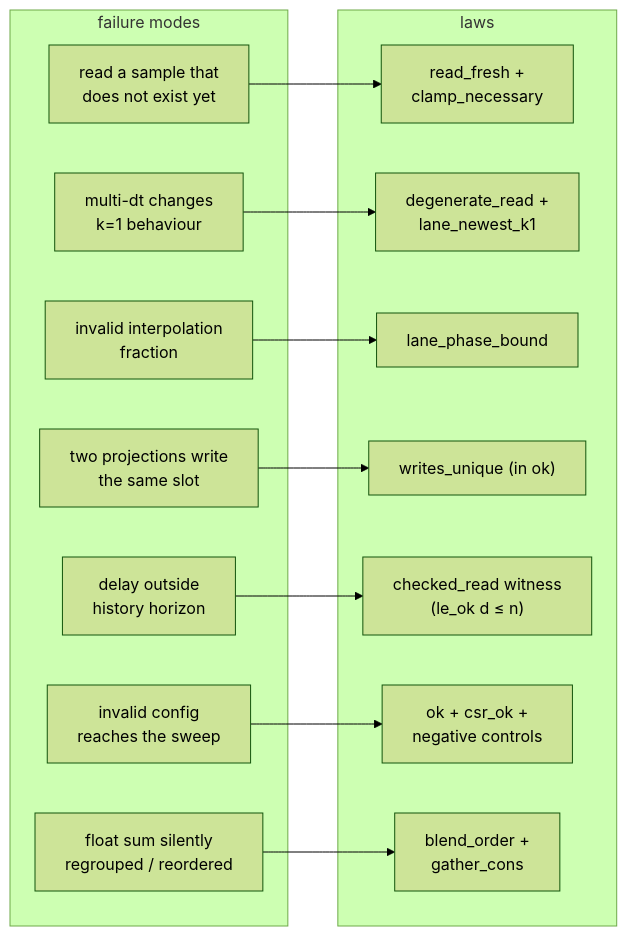
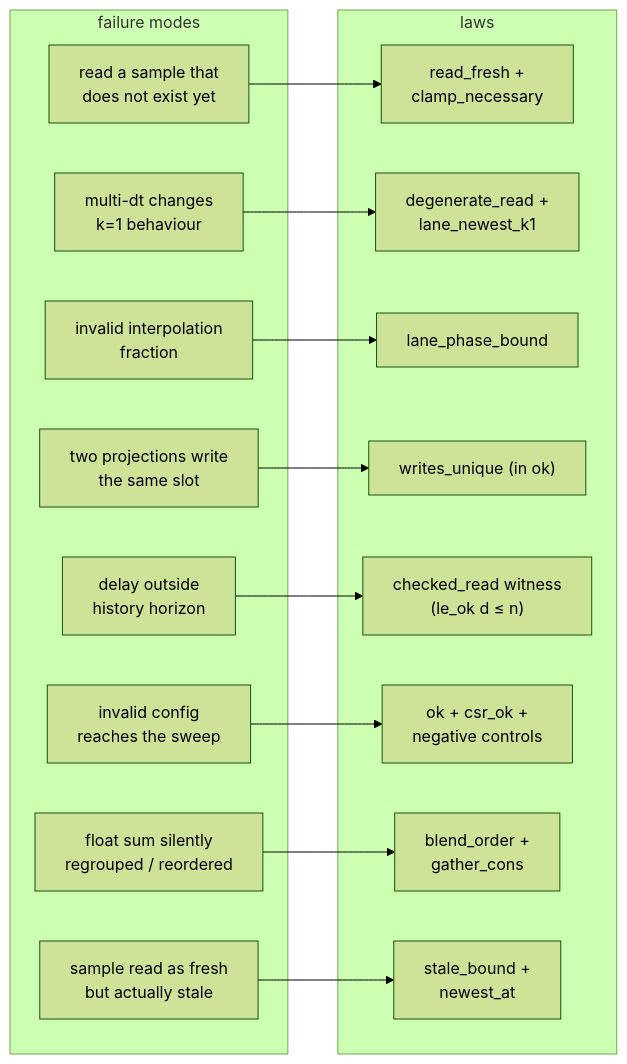
The third of 7 diagrams in tvb_library/tvb/simulator/backend/bend_hybrid/ROUTER_EXPLAINER.md (maedoc/tvb), drawn with Mermaid (forest theme) before and after one commit. The commit also changed other lines of this file and 3 other files, not shown here.

````diff
--- a/tvb_library/tvb/simulator/backend/bend_hybrid/ROUTER_EXPLAINER.md
+++ b/tvb_library/tvb/simulator/backend/bend_hybrid/ROUTER_EXPLAINER.md
@@ -137,28 +137,31 @@
 ```mermaid
 flowchart LR
     subgraph FAILS["failure modes"]
         F1["read a sample that<br/>does not exist yet"]
         F2["multi-dt changes<br/>k=1 behaviour"]
         F3["invalid interpolation<br/>fraction"]
         F4["two projections write<br/>the same slot"]
         F5["delay outside<br/>history horizon"]
         F6["invalid config<br/>reaches the sweep"]
         F7["float sum silently<br/>regrouped / reordered"]
+        F8["sample read as fresh<br/>but actually stale"]
     end
     subgraph LAWS["laws"]
         L1["read_fresh +<br/>clamp_necessary"]
         L2["degenerate_read +<br/>lane_newest_k1"]
         L3["lane_phase_bound"]
         L4["writes_unique (in ok)"]
         L5["checked_read witness<br/>(le_ok d ≤ n)"]
         L6["ok + csr_ok +<br/>negative controls"]
         L7["blend_order +<br/>gather_cons"]
+        L8["stale_bound +<br/>newest_at"]
     end
     F1 --> L1
     F2 --> L2
     F3 --> L3
     F4 --> L4
     F5 --> L5
     F6 --> L6
     F7 --> L7
+    F8 --> L8
 ```
````
